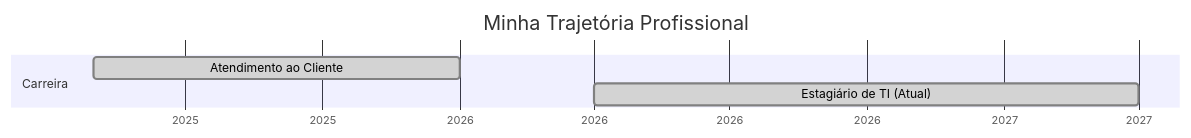
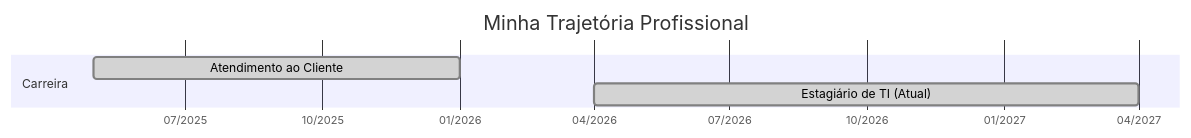
One commit to tisoares2001-lab/tisoares2001-lab changed the diagram in README.md. Above: the diagram before and after it, drawn with Mermaid. The commit also changed other lines of this file, not shown here.

````diff
--- a/README.md
+++ b/README.md
@@ -18,12 +19,13 @@
 ```mermaid
 gantt
     title Minha Trajetória Profissional
     dateFormat  YYYY-MM-DD
-    axisFormat  %Y
+    axisFormat  %m/%Y
+    tickInterval 2m
 
     section Carreira
-    Atendimento ao Cliente       :done, a1, 2025-05-01, 2026-01-01
+    Atendimento ao Cliente   :done, a1, 2025-05-01, 2026-01-01
     Estagiário de TI (Atual) :done, a2, 2026-04-01, 2027-04-01
 
 
 ```
````
